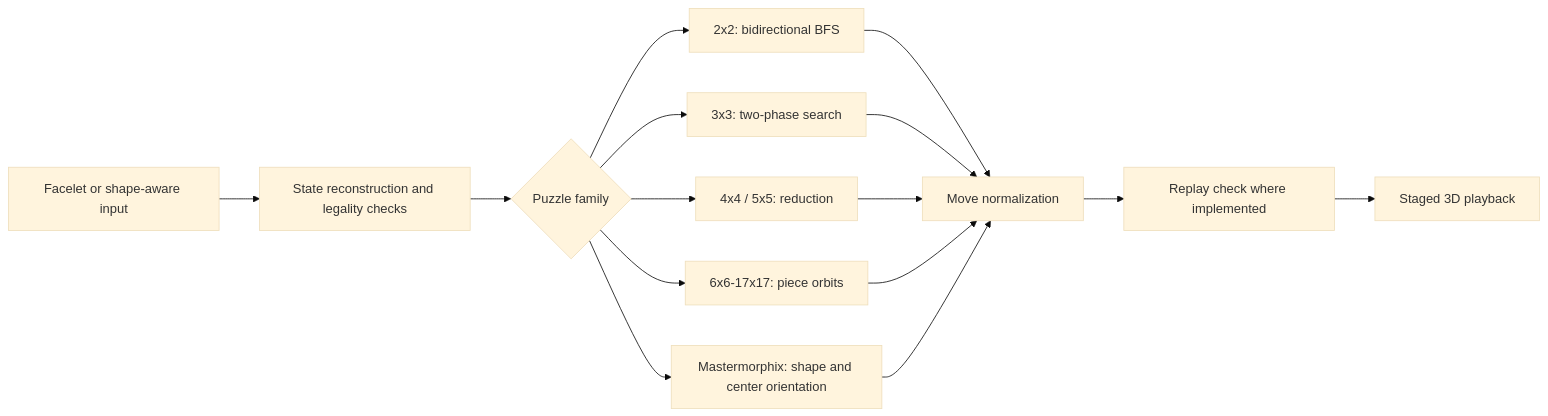
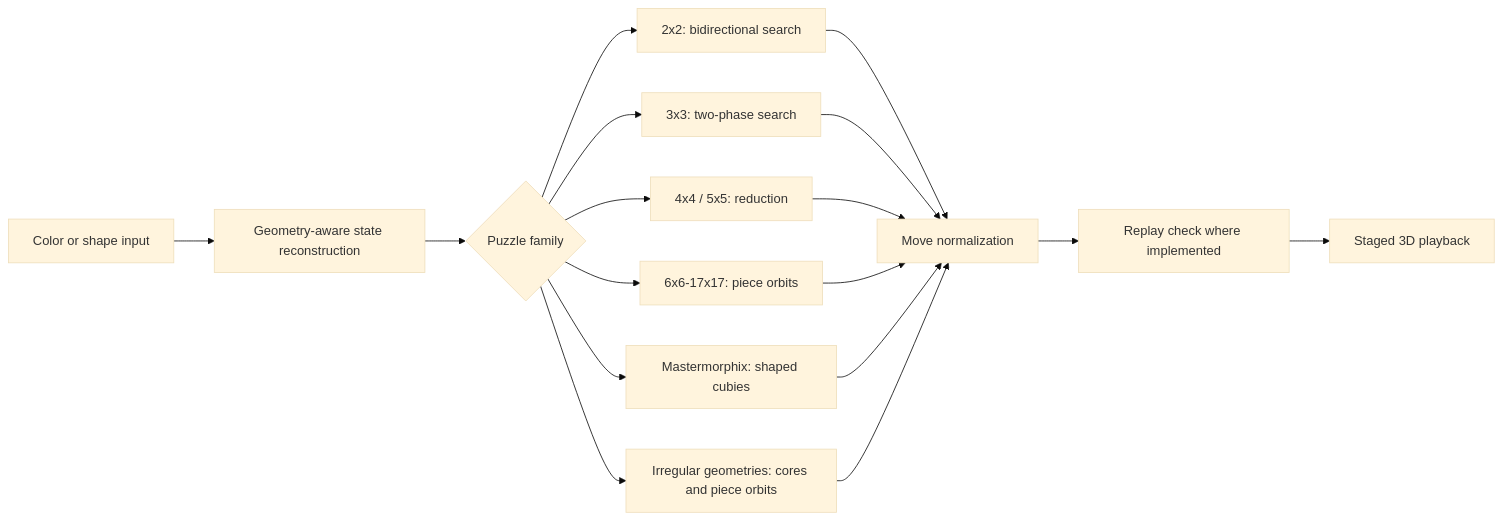
The diagram in README.md (coco54-beep/cube-solver), drawn with Mermaid (base theme) before and after one commit. The commit also changed other lines of this file and 2 other files, not shown here.

Commit message:
docs: document irregular puzzle support

````diff
--- a/README.md
+++ b/README.md
@@ -51,17 +51,19 @@
 ```mermaid
 flowchart LR
-    A[Facelet or shape-aware input] --> B[State reconstruction and legality checks]
+    A[Color or shape input] --> B[Geometry-aware state reconstruction]
     B --> C{Puzzle family}
-    C --> D[2x2: bidirectional BFS]
+    C --> D[2x2: bidirectional search]
     C --> E[3x3: two-phase search]
     C --> F[4x4 / 5x5: reduction]
     C --> G[6x6-17x17: piece orbits]
-    C --> H[Mastermorphix: shape and center orientation]
-    D --> I[Move normalization]
-    E --> I
-    F --> I
-    G --> I
-    H --> I
-    I --> J[Replay check where implemented]
-    J --> K[Staged 3D playback]
+    C --> H[Mastermorphix: shaped cubies]
+    C --> I[Irregular geometries: cores and piece orbits]
+    D --> J[Move normalization]
+    E --> J
+    F --> J
+    G --> J
+    H --> J
+    I --> J
+    J --> K[Replay check where implemented]
+    K --> L[Staged 3D playback]
 ```
````
